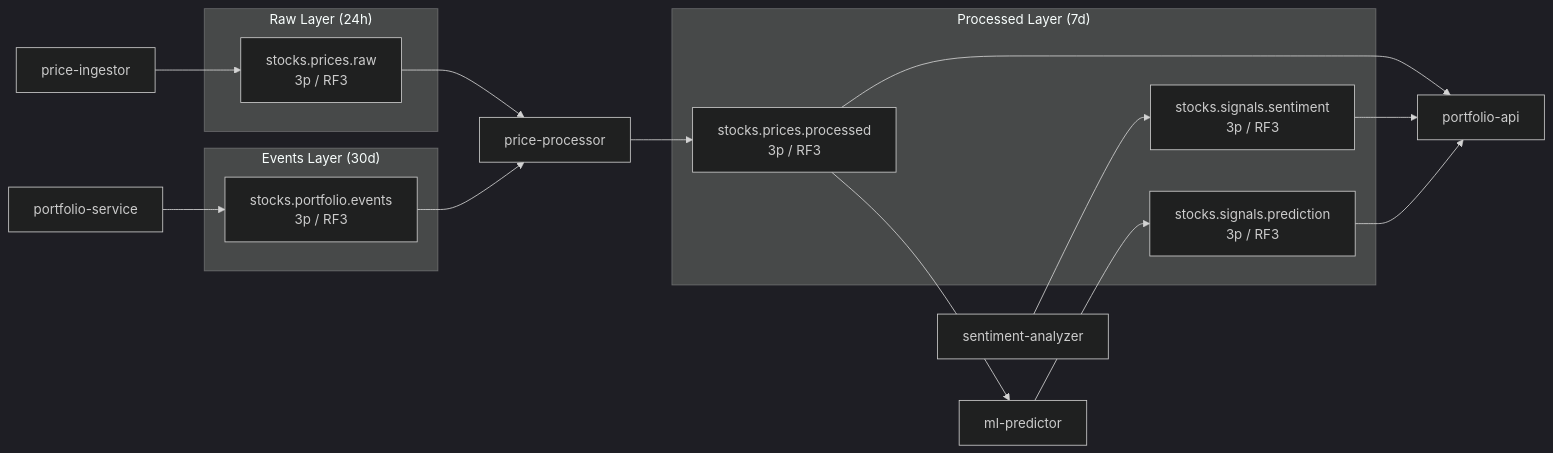
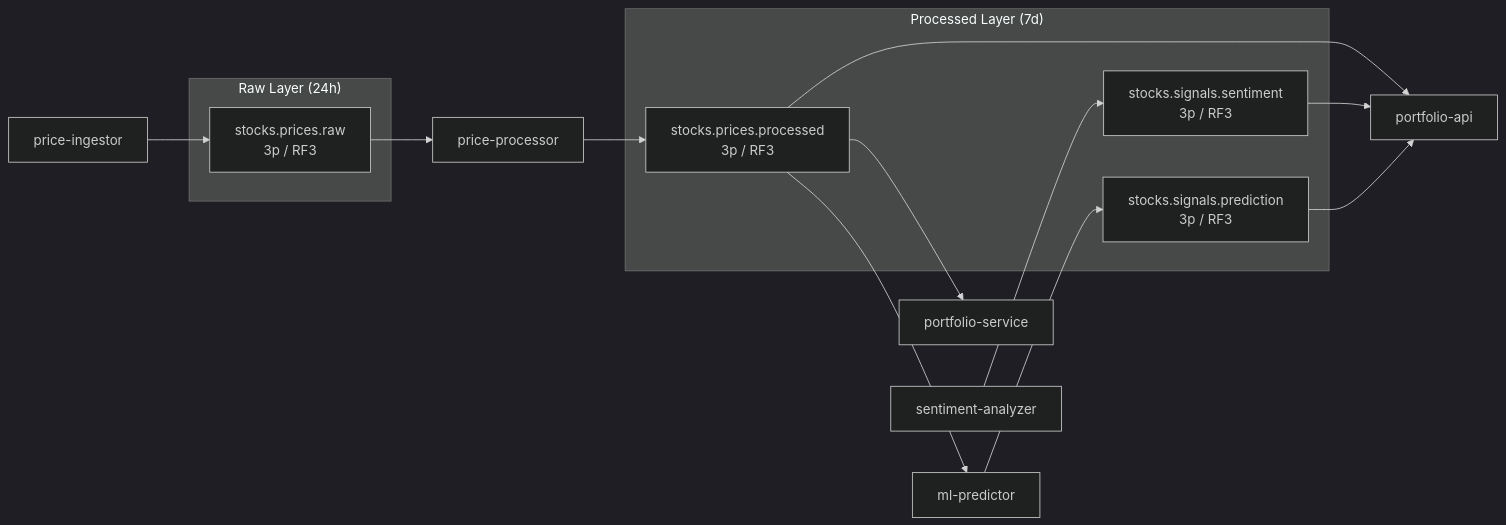
Before and after one commit to akann/k8s-apps: diagram 11 of 12 in README.md, drawn with Mermaid (dark theme). The commit also changed other lines of this file and 3 other files, not shown here.

First line of the commit message:
kafka: remove unused stocks.portfolio.events topic

````diff
--- a/README.md
+++ b/README.md
@@ -724,26 +722,21 @@
 ```mermaid
 graph LR
     subgraph Raw["Raw Layer (24h)"]
         T1["stocks.prices.raw\n3p / RF3"]
     end
     subgraph Processed["Processed Layer (7d)"]
         T2["stocks.prices.processed\n3p / RF3"]
         T3["stocks.signals.sentiment\n3p / RF3"]
         T4["stocks.signals.prediction\n3p / RF3"]
     end
-    subgraph Events["Events Layer (30d)"]
-        T5["stocks.portfolio.events\n3p / RF3"]
-    end
-
     PI["price-ingestor"] --> T1
     T1 --> PP["price-processor"]
     PP --> T2
     SA["sentiment-analyzer"] --> T3
     T2 --> MLP["ml-predictor"]
     MLP --> T4
     T2 --> PA["portfolio-api"]
     T3 --> PA
     T4 --> PA
-    PS["portfolio-service"] --> T5
-    T5 --> PP
+    T2 --> PS["portfolio-service"]
 ```
````
